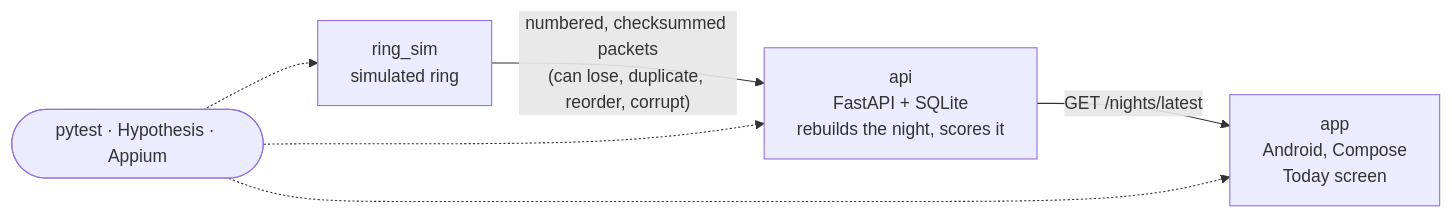
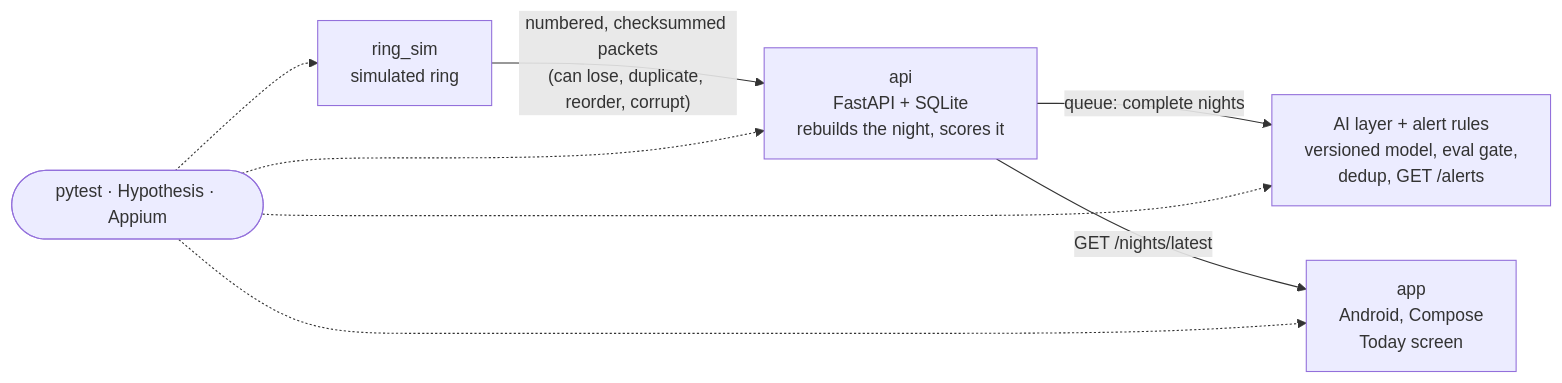
The first of 2 diagrams in README.md (ab054/ringpulse), drawn with Mermaid before and after one commit. The commit also changed other lines of this file and 22 other files, not shown here.

First line of the commit message:
Add an AI layer and alert rules: queue, versioned detector, eval gate, dedup

````diff
--- a/README.md
+++ b/README.md
@@ -5,8 +5,10 @@
 ```mermaid
 flowchart LR
     ring["ring_sim<br/>simulated ring"] -- "numbered, checksummed packets<br/>(can lose, duplicate, reorder, corrupt)" --> api["api<br/>FastAPI + SQLite<br/>rebuilds the night, scores it"]
+    api -- "queue: complete nights" --> ai["AI layer + alert rules<br/>versioned model, eval gate,<br/>dedup, GET /alerts"]
     api -- "GET /nights/latest" --> app["app<br/>Android, Compose<br/>Today screen"]
     tests(["pytest · Hypothesis · Appium"]) -.-> ring
     tests -.-> api
+    tests -.-> ai
     tests -.-> app
 ```
````
